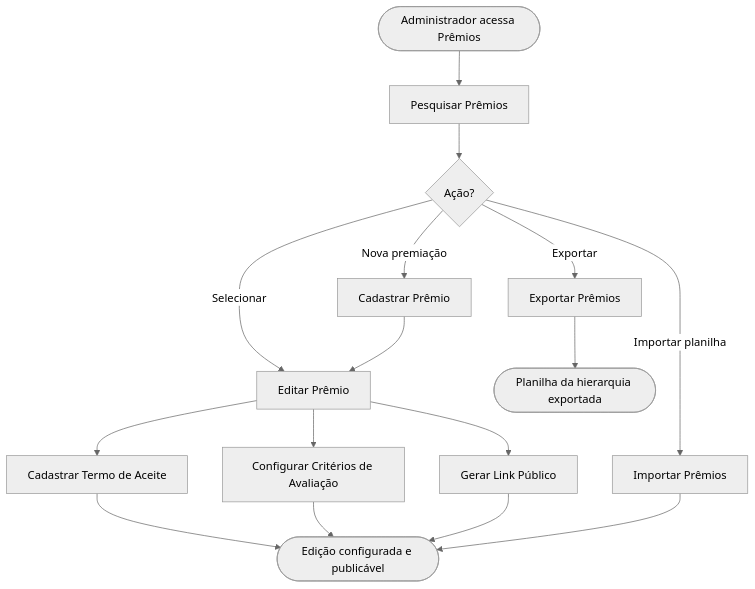
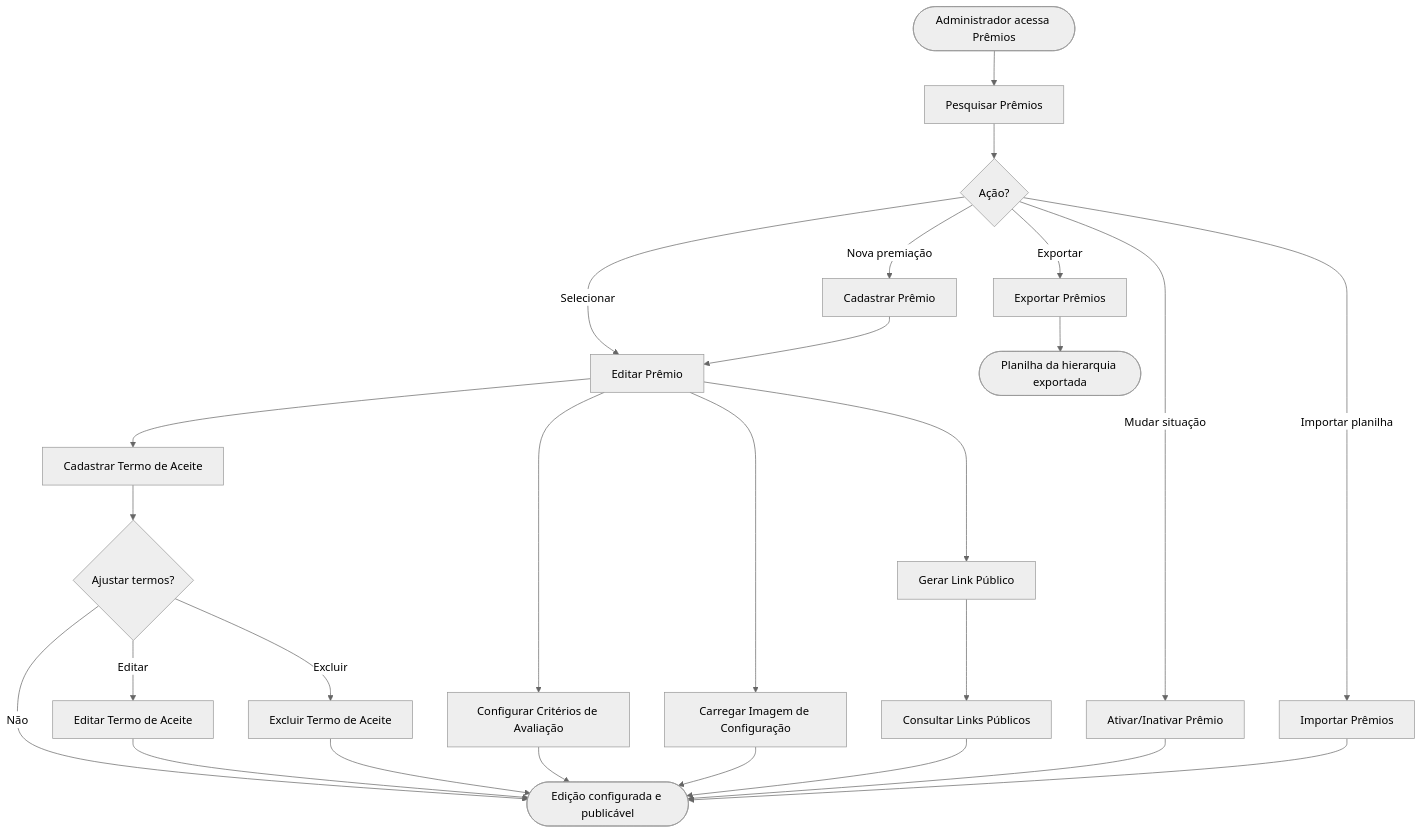
One commit to andromarcio/phl-premio-iel changed the diagram in modules/configuracao/premios/README.md. Above: the diagram before and after it, drawn with Mermaid (neutral theme). The commit also changed other lines of this file and 27 other files, not shown here.

````diff
--- a/modules/configuracao/premios/README.md
+++ b/modules/configuracao/premios/README.md
@@ -35,18 +35,28 @@
 ```mermaid
 flowchart TD
     A(["Administrador acessa Prêmios"]) --> B["Pesquisar Prêmios"]
     B --> C{"Ação?"}
     C -->|Nova premiação| D["Cadastrar Prêmio"]
     C -->|Importar planilha| E["Importar Prêmios"]
     C -->|Exportar| F["Exportar Prêmios"]
     C -->|Selecionar| G["Editar Prêmio"]
+    C -->|Mudar situação| AI["Ativar/Inativar Prêmio"]
     D --> G
     G --> H["Cadastrar Termo de Aceite"]
+    H --> T{"Ajustar termos?"}
+    T -->|Editar| ET["Editar Termo de Aceite"]
+    T -->|Excluir| XT["Excluir Termo de Aceite"]
     G --> I["Configurar Critérios de Avaliação"]
+    G --> IMG["Carregar Imagem de Configuração"]
     G --> J["Gerar Link Público"]
-    H --> K(["Edição configurada e publicável"])
+    J --> LP["Consultar Links Públicos"]
+    T -->|Não| K(["Edição configurada e publicável"])
+    ET --> K
+    XT --> K
     I --> K
-    J --> K
+    IMG --> K
+    LP --> K
+    AI --> K
     E --> K
     F --> M(["Planilha da hierarquia exportada"])
 ```
````
